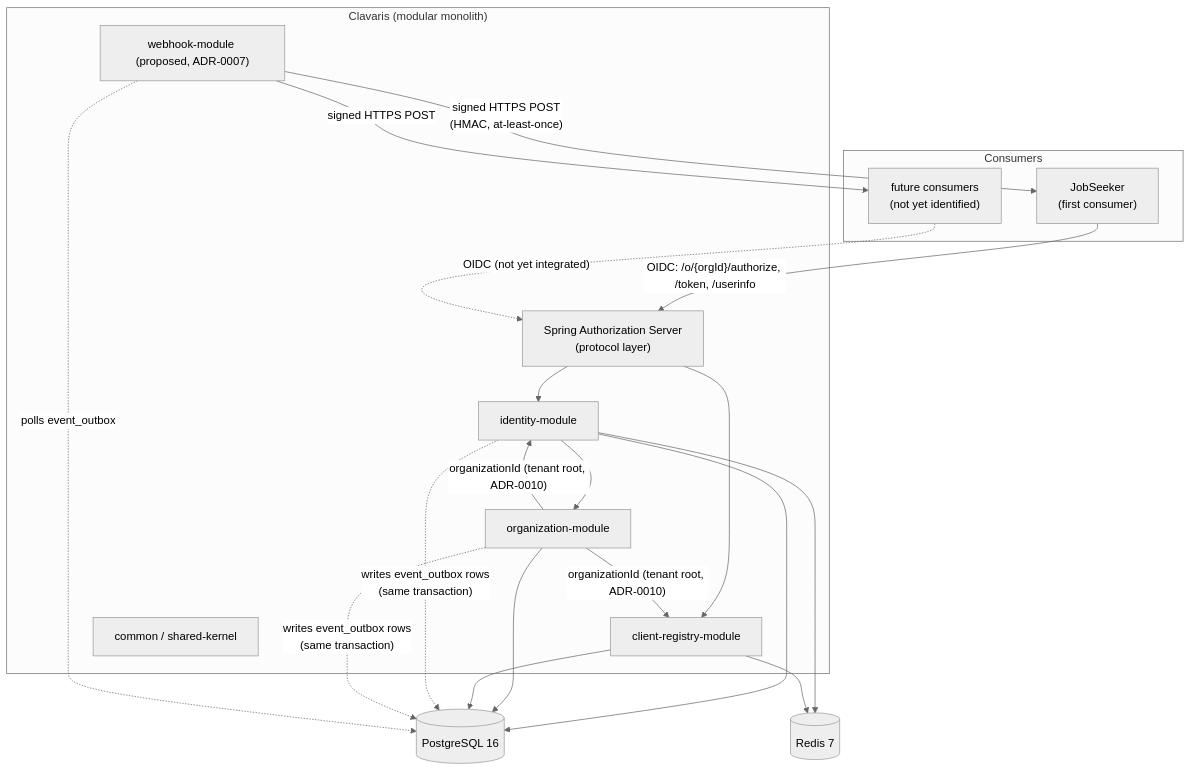
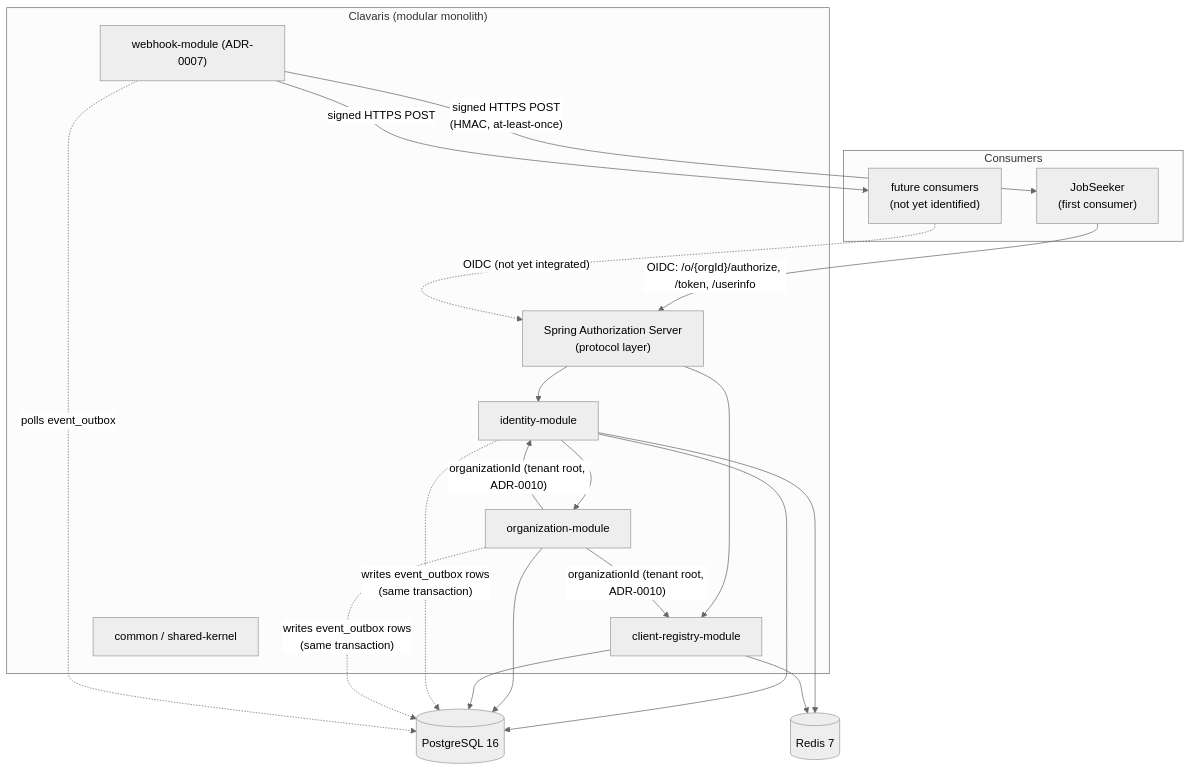
One commit to RedeArmy/Clavaris changed the diagram in docs/03-architecture/system-design-document.md. Above: the diagram before and after it, drawn with Mermaid (neutral theme). The commit also changed other lines of this file, not shown here.

````diff
--- a/docs/03-architecture/system-design-document.md
+++ b/docs/03-architecture/system-design-document.md
@@ -11,37 +11,37 @@
 ```mermaid
 graph TB
     subgraph Consumers
         JS["JobSeeker\n(first consumer)"]
         Future["future consumers\n(not yet identified)"]
     end
 
     subgraph Clavaris["Clavaris (modular monolith)"]
         SAS["Spring Authorization Server\n(protocol layer)"]
         ID["identity-module"]
         ORG["organization-module"]
         CR["client-registry-module"]
-        WH["webhook-module (proposed, ADR-0007)"]
+        WH["webhook-module (ADR-0007)"]
         COMMON["common / shared-kernel"]
     end
 
     PG[(PostgreSQL 16)]
     REDIS[(Redis 7)]
 
     JS -->|"OIDC: /o/{orgId}/authorize, /token, /userinfo"| SAS
     Future -.->|"OIDC (not yet integrated)"| SAS
     SAS --> ID
     SAS --> CR
     ORG -->|"organizationId (tenant root, ADR-0010)"| ID
     ORG -->|"organizationId (tenant root, ADR-0010)"| CR
     ID --> ORG
     ID --> PG
     ORG --> PG
     CR --> PG
     ID --> REDIS
     CR --> REDIS
     ID -.->|"writes event_outbox rows\n(same transaction)"| PG
     ORG -.->|"writes event_outbox rows\n(same transaction)"| PG
     WH -.->|"polls event_outbox"| PG
     WH -->|"signed HTTPS POST\n(HMAC, at-least-once)"| JS
     WH -->|"signed HTTPS POST"| Future
 ```
````
